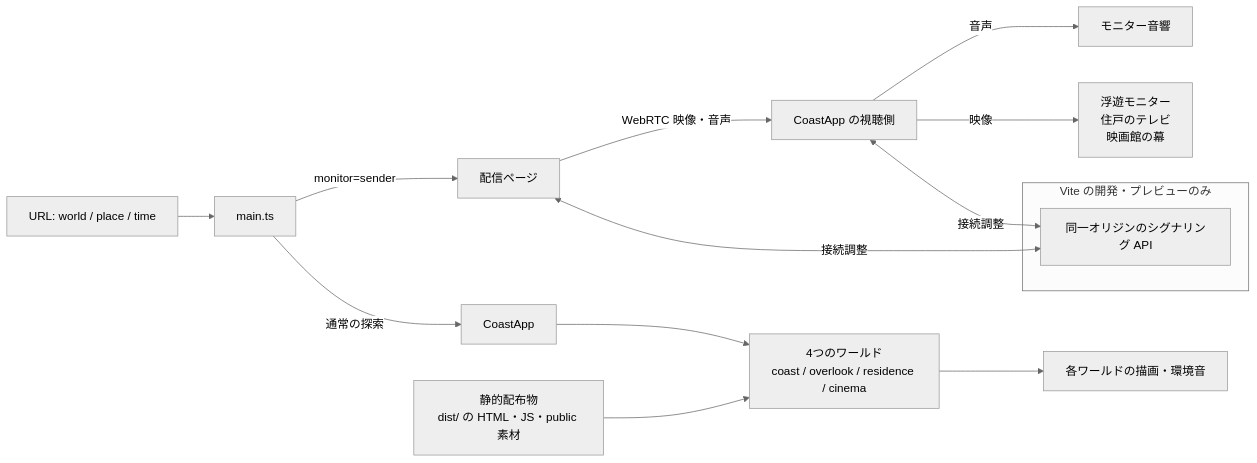
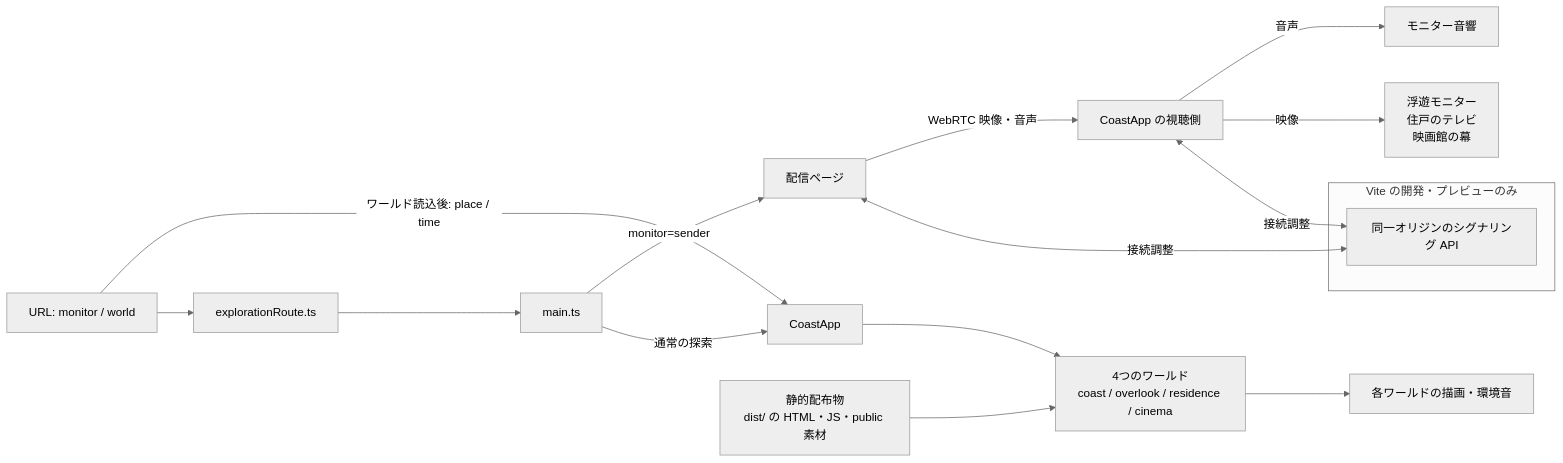
The diagram in docs/architecture.md (stillshore-chirp/lumen-pilgrimage), drawn with Mermaid (neutral theme) before and after one commit. The commit also changed other lines of this file and 7 other files, not shown here.

Commit message:
Separate exploration route decisions from browser effects

````diff
--- a/docs/architecture.md
+++ b/docs/architecture.md
@@ -14,18 +14,20 @@
 ```mermaid
 flowchart LR
-  url["URL: world / place / time"] --> main["main.ts"]
+  url["URL: monitor / world"] --> route["explorationRoute.ts"]
+  route --> main["main.ts"]
   main -->|通常の探索| app["CoastApp"]
+  url -->|ワールド読込後: place / time| app
   main -->|monitor=sender| sender["配信ページ"]
   assets["静的配布物<br/>dist/ の HTML・JS・public 素材"] --> worlds["4つのワールド<br/>coast / overlook / residence / cinema"]
   app --> worlds
   worlds --> scene["各ワールドの描画・環境音"]
 
   subgraph viteOnly["Vite の開発・プレビューのみ"]
     signaling["同一オリジンのシグナリング API"]
   end
   sender <-->|接続調整| signaling
   viewer["CoastApp の視聴側"] <-->|接続調整| signaling
   sender -->|WebRTC 映像・音声| viewer
   viewer -->|映像| displays["浮遊モニター<br/>住戸のテレビ<br/>映画館の幕"]
   viewer -->|音声| monitorAudio["モニター音響"]
 ```
````
